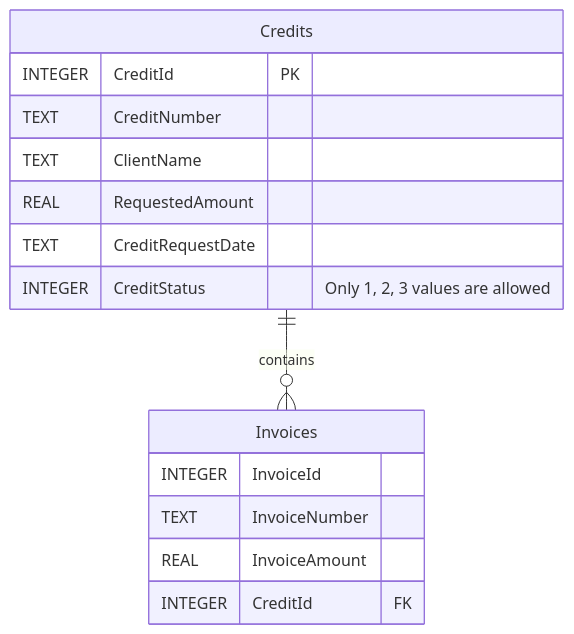
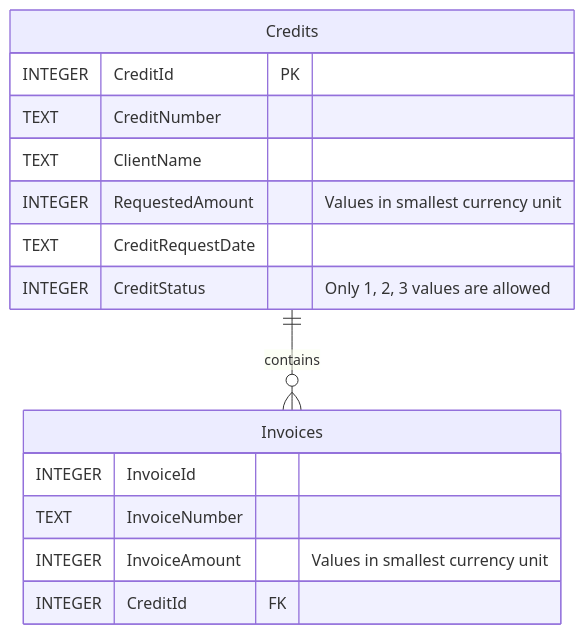
Before and after one commit to IrinaKalenykh/CreditsAPI: the diagram in README.md, drawn with Mermaid.

Commit message:
Actualized tables description in ER diagram for README file.

````diff
--- a/README.md
+++ b/README.md
@@ -15,18 +15,18 @@
 ```mermaid
 erDiagram
     Credits ||--o{ Invoices : contains
     Credits {
         INTEGER CreditId PK
         TEXT CreditNumber
         TEXT ClientName
-        REAL RequestedAmount
+        INTEGER RequestedAmount "Values in smallest currency unit"
         TEXT CreditRequestDate
         INTEGER CreditStatus "Only 1, 2, 3 values are allowed"
     }
     Invoices {
         INTEGER InvoiceId
         TEXT InvoiceNumber
-        REAL InvoiceAmount
+        INTEGER InvoiceAmount "Values in smallest currency unit"
         INTEGER CreditId FK
     }
 ```
````
